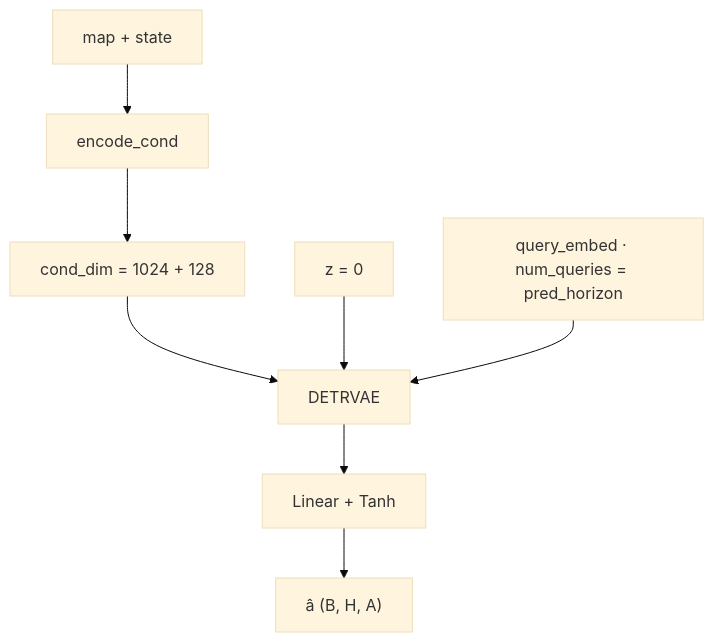
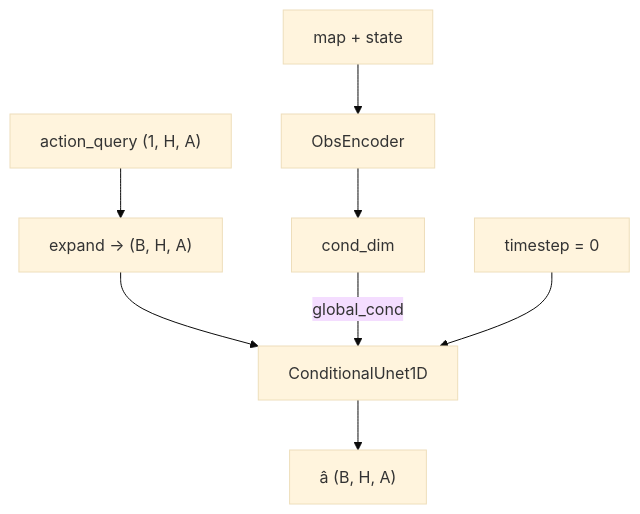
Before and after one commit to IBNBlank/maze_playground: the third of 3 diagrams in bench_policy/utils/policy/bc/ARCHITECTURE.md, drawn with Mermaid (base theme). The commit also changed other lines of this file and 13 other files, not shown here.

````diff
--- a/bench_policy/utils/policy/bc/ARCHITECTURE.md
+++ b/bench_policy/utils/policy/bc/ARCHITECTURE.md
@@ -77,10 +80,10 @@
 ```mermaid
 flowchart TB
-  In["map + state"] --> Enc["encode_cond"]
-  Enc --> Cond["cond_dim = 1024 + 128"]
-  Cond --> DETR["DETRVAE"]
-  Z["z = 0"] --> DETR
-  Q["query_embed · num_queries = pred_horizon"] --> DETR
-  DETR --> Head["Linear + Tanh"]
-  Head --> Out["â (B, H, A)"]
+  In["map + state"] --> Enc["ObsEncoder"]
+  Enc --> Cond["cond_dim"]
+  Q["action_query (1, H, A)"] --> Expand["expand → (B, H, A)"]
+  Expand --> UNet["ConditionalUnet1D"]
+  Cond -->|"global_cond"| UNet
+  T["timestep = 0"] --> UNet
+  UNet --> Out["â (B, H, A)"]
 ```
````
